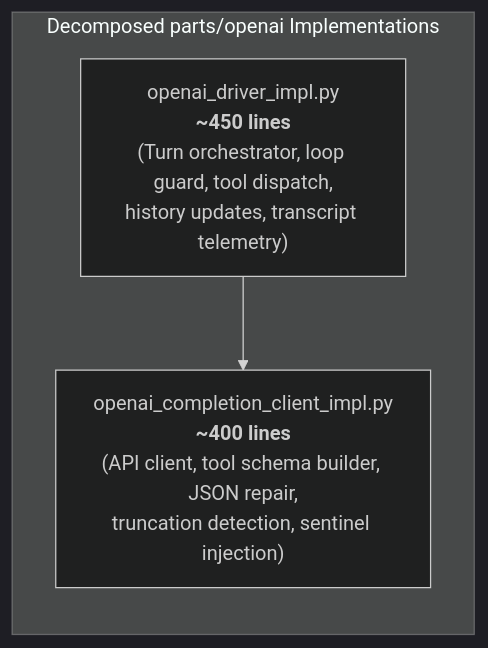
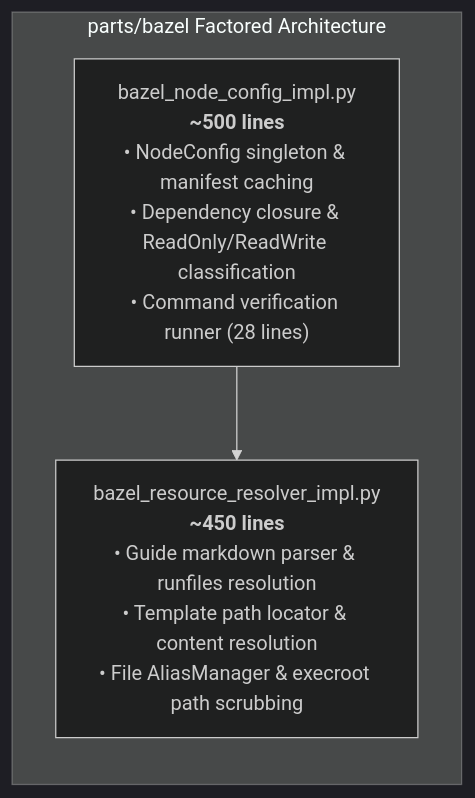
One commit to mcdirmid/cleanroom changed the third of 6 diagrams in design-docs/component_modularization_todo.md. Above: the diagram before and after it, drawn with Mermaid (dark theme). The commit also changed other lines of this file and 103 other files, not shown here.

````diff
--- a/design-docs/component_modularization_todo.md
+++ b/design-docs/component_modularization_todo.md
@@ -89,9 +258,9 @@
 ```mermaid
 flowchart LR
-    subgraph OpenAI_Decomposition["Decomposed parts/openai Implementations"]
-        COMP["openai_completion_client_impl.py<br/><b>~400 lines</b><br/>(API client, tool schema builder, JSON repair,<br/>truncation detection, sentinel injection)"]
-        DRV["openai_driver_impl.py<br/><b>~450 lines</b><br/>(Turn orchestrator, loop guard, tool dispatch,<br/>history updates, transcript telemetry)"]
+    subgraph Decomposed_Bazel ["parts/bazel Factored Architecture"]
+        RES_RES["bazel_resource_resolver_impl.py<br/><b>~450 lines</b><br/>• Guide markdown parser & runfiles resolution<br/>• Template path locator & content resolution<br/>• File AliasManager & execroot path scrubbing"]
+        NODE_CFG["bazel_node_config_impl.py<br/><b>~500 lines</b><br/>• NodeConfig singleton & manifest caching<br/>• Dependency closure & ReadOnly/ReadWrite classification<br/>• Command verification runner (28 lines)"]
     end
 
-    DRV --> COMP
+    NODE_CFG --> RES_RES
 ```
````
